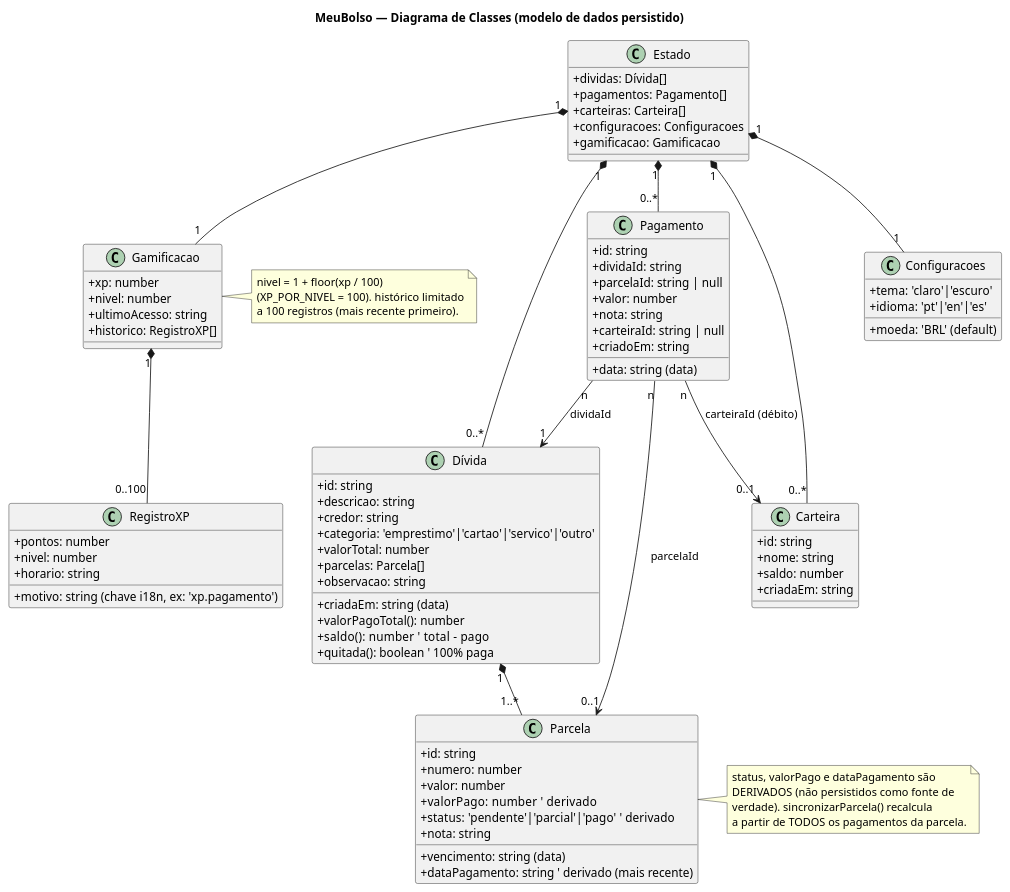
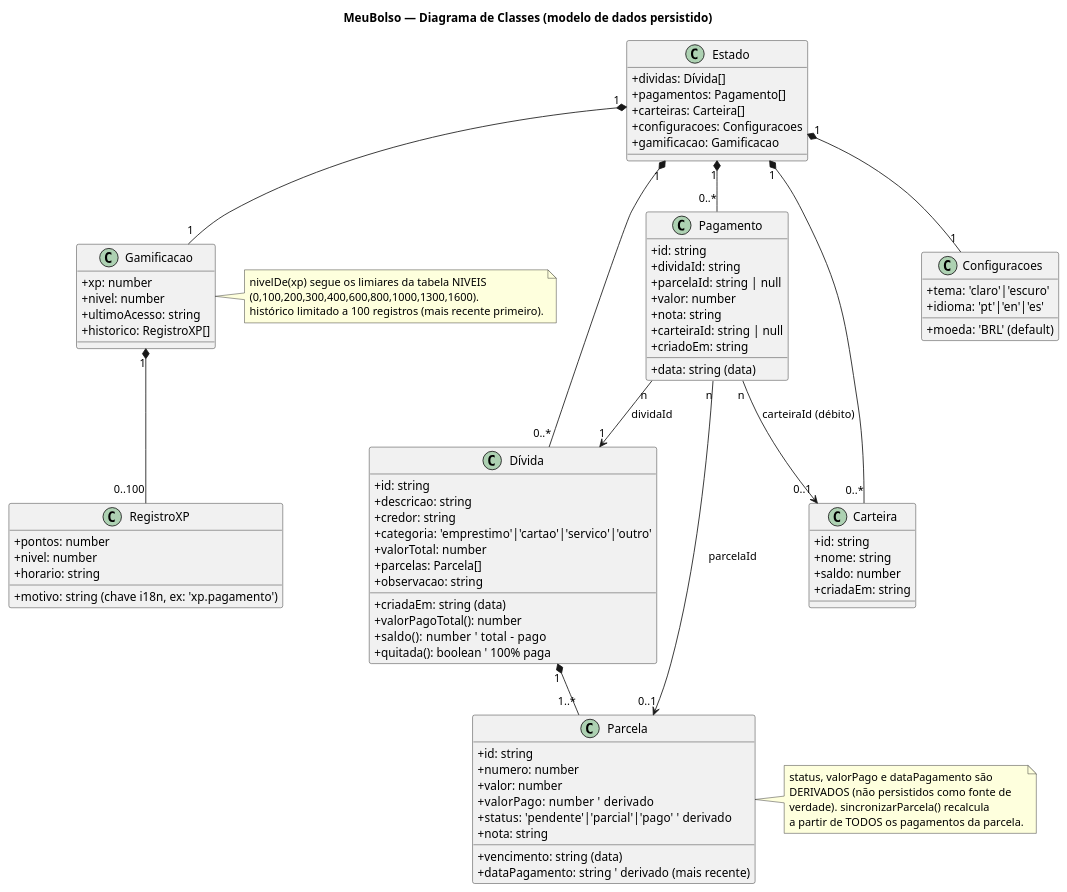
Before and after one commit to marceloacaci/meubolso: the diagram in docs/uml/02-diagrama-classes.puml, drawn with PlantUML. The commit also changed 3 other files, not shown here.

```diff
--- a/docs/uml/02-diagrama-classes.puml
+++ b/docs/uml/02-diagrama-classes.puml
@@ -1,103 +1,103 @@
 @startuml 02-diagrama-classes
 title MeuBolso — Diagrama de Classes (modelo de dados persistido)
 
 skinparam classAttributeIconSize 0
 skinparam monochrome false
 
 class Estado {
   + dividas: Dívida[]
   + pagamentos: Pagamento[]
   + carteiras: Carteira[]
   + configuracoes: Configuracoes
   + gamificacao: Gamificacao
 }
 
 class Dívida {
   + id: string
   + descricao: string
   + credor: string
   + categoria: 'emprestimo'|'cartao'|'servico'|'outro'
   + valorTotal: number
   + parcelas: Parcela[]
   + observacao: string
   + criadaEm: string (data)
   + valorPagoTotal(): number
   + saldo(): number   ' total - pago
   + quitada(): boolean ' 100% paga
 }
 
 class Parcela {
   + id: string
   + numero: number
   + valor: number
   + vencimento: string (data)
   + valorPago: number   ' derivado
   + dataPagamento: string ' derivado (mais recente)
   + status: 'pendente'|'parcial'|'pago'  ' derivado
   + nota: string
 }
 
 class Pagamento {
   + id: string
   + dividaId: string
   + parcelaId: string | null
   + valor: number
   + data: string (data)
   + nota: string
   + carteiraId: string | null
   + criadoEm: string
 }
 
 class Carteira {
   + id: string
   + nome: string
   + saldo: number
   + criadaEm: string
 }
 
 class Configuracoes {
   + moeda: 'BRL' (default)
   + tema: 'claro'|'escuro'
   + idioma: 'pt'|'en'|'es'
 }
 
 class Gamificacao {
   + xp: number
   + nivel: number
   + ultimoAcesso: string
   + historico: RegistroXP[]
 }
 
 class RegistroXP {
   + pontos: number
   + motivo: string (chave i18n, ex: 'xp.pagamento')
   + nivel: number
   + horario: string
 }
 
 ' Relacionamentos
 Estado "1" *-- "0..*" Dívida
 Estado "1" *-- "0..*" Pagamento
 Estado "1" *-- "0..*" Carteira
 Estado "1" *-- "1" Configuracoes
 Estado "1" *-- "1" Gamificacao
 
 Dívida "1" *-- "1..*" Parcela
 Pagamento "n" --> "1" Dívida : dividaId
 Pagamento "n" --> "0..1" Parcela : parcelaId
 Pagamento "n" --> "0..1" Carteira : carteiraId (débito)
 Gamificacao "1" *-- "0..100" RegistroXP
 
 note right of Parcela
   status, valorPago e dataPagamento são
   DERIVADOS (não persistidos como fonte de
   verdade). sincronizarParcela() recalcula
   a partir de TODOS os pagamentos da parcela.
 end note
 
 note right of Gamificacao
-  nivel = 1 + floor(xp / 100)
-  (XP_POR_NIVEL = 100). histórico limitado
-  a 100 registros (mais recente primeiro).
+  nivelDe(xp) segue os limiares da tabela NIVEIS
+  (0,100,200,300,400,600,800,1000,1300,1600).
+  histórico limitado a 100 registros (mais recente primeiro).
 end note
 @enduml
```
